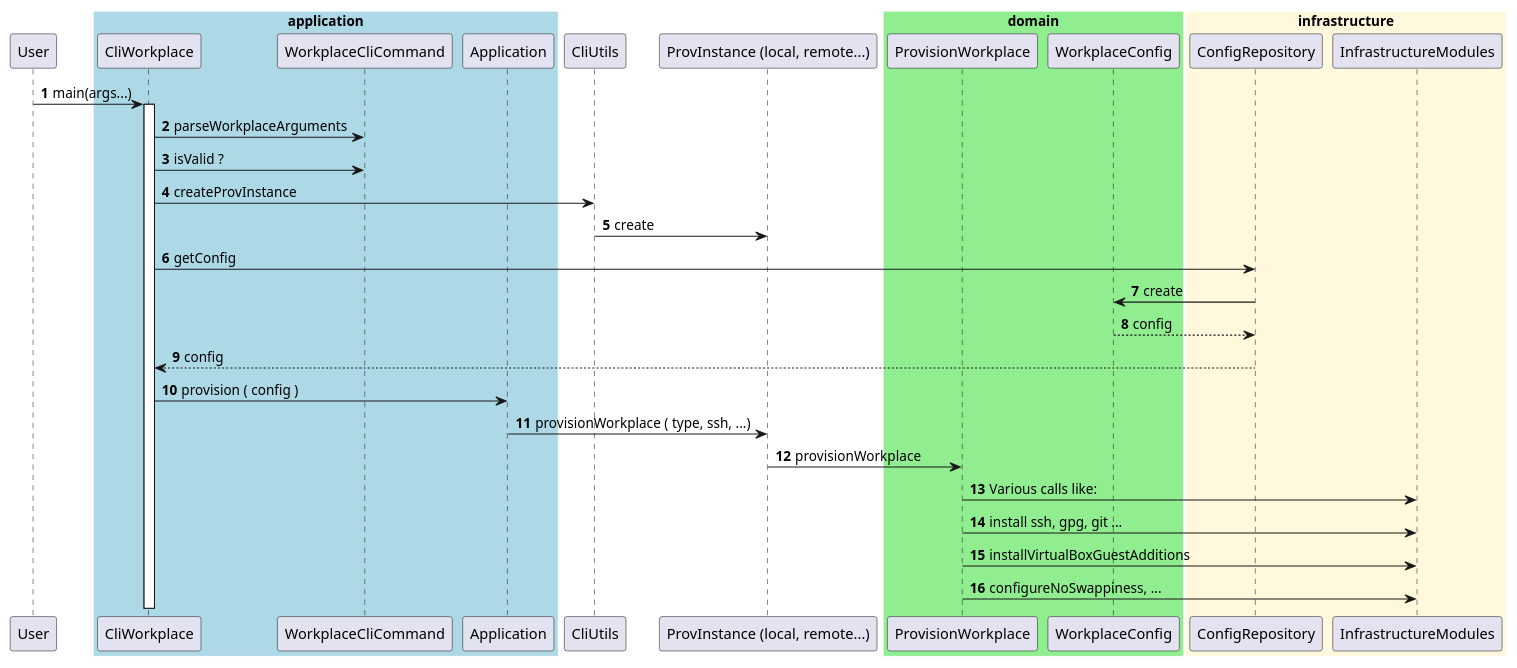
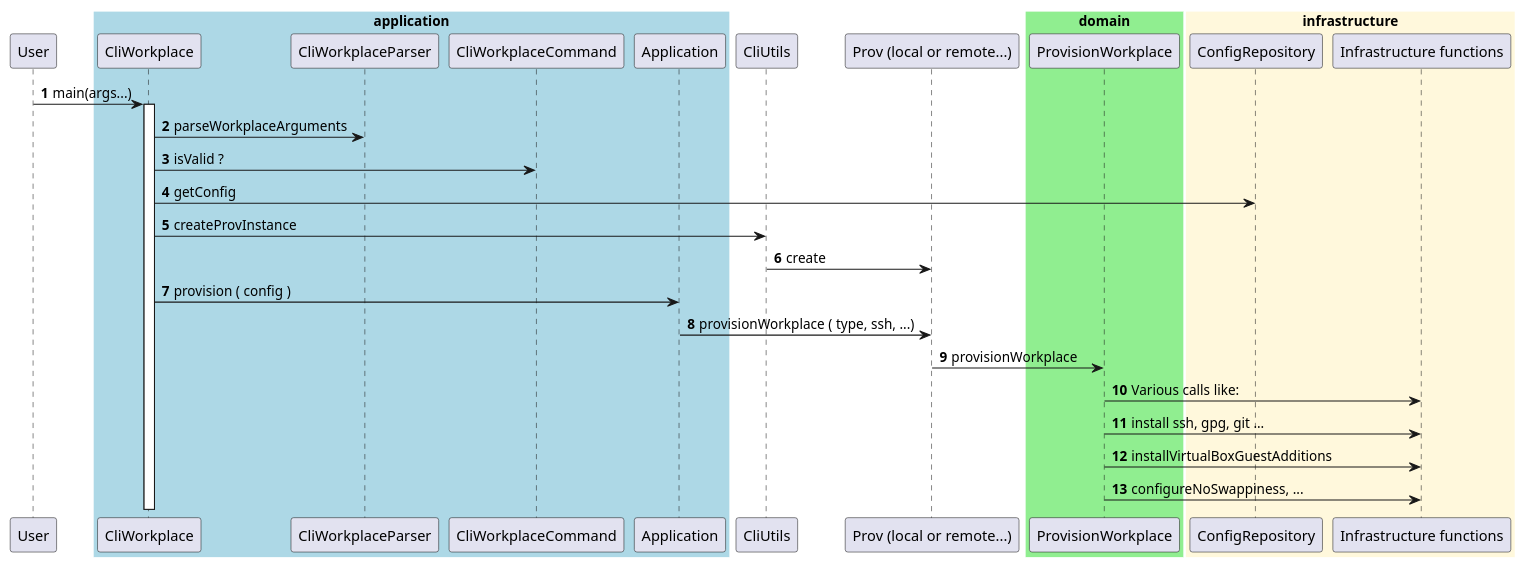
Before and after one commit to DomainDrivenArchitecture/provs: the diagram in docs/CliApplication.puml, drawn with PlantUML. The commit also changed 5 other files, not shown here.

```diff
--- a/docs/CliApplication.puml
+++ b/docs/CliApplication.puml
@@ -1,64 +1,61 @@
 @startuml
 
 autonumber
 
 skinparam sequenceBox {
      borderColor White
 }
 
 participant User
 
 box "application" #LightBlue
 
 participant CliWorkplace
-participant WorkplaceCliCommand
+participant CliWorkplaceParser
+participant CliWorkplaceCommand
 participant Application
 
 end box
 
 box  #White
 
 participant CliUtils
-participant "ProvInstance (local, remote...)" as ProvInstance
+participant "Prov (local or remote...)" as ProvInstance
 
 end box
 
 box "domain" #LightGreen
 
 participant ProvisionWorkplace
-participant WorkplaceConfig
 
 end box
 
 box "infrastructure" #CornSilk
 
 participant ConfigRepository
-participant InfrastructureModules
+participant "Infrastructure functions" as Infrastructure_functions
 
 end box
 
 
 User -> CliWorkplace ++ : main(args...)
 
-CliWorkplace -> WorkplaceCliCommand : parseWorkplaceArguments
+CliWorkplace -> CliWorkplaceParser : parseWorkplaceArguments
 
-CliWorkplace -> WorkplaceCliCommand : isValid ?
+CliWorkplace -> CliWorkplaceCommand : isValid ?
+
+CliWorkplace -> ConfigRepository : getConfig
 
 CliWorkplace -> CliUtils : createProvInstance
 ProvInstance <- CliUtils : create
-
-CliWorkplace -> ConfigRepository : getConfig
-WorkplaceConfig <- ConfigRepository : create
-WorkplaceConfig --> ConfigRepository : config
-CliWorkplace <-- ConfigRepository : config
 
 CliWorkplace -> Application : provision ( config )
 Application -> ProvInstance : provisionWorkplace ( type, ssh, ...)
 ProvInstance -> ProvisionWorkplace : provisionWorkplace
 
-ProvisionWorkplace -> InfrastructureModules: Various calls like:
-ProvisionWorkplace -> InfrastructureModules: install ssh, gpg, git ...
-ProvisionWorkplace -> InfrastructureModules: installVirtualBoxGuestAdditions
-ProvisionWorkplace -> InfrastructureModules: configureNoSwappiness, ...
+ProvisionWorkplace -> Infrastructure_functions: Various calls like:
+ProvisionWorkplace -> Infrastructure_functions: install ssh, gpg, git ...
+ProvisionWorkplace -> Infrastructure_functions: installVirtualBoxGuestAdditions
+ProvisionWorkplace -> Infrastructure_functions: configureNoSwappiness, ...
 
 @enduml
```
